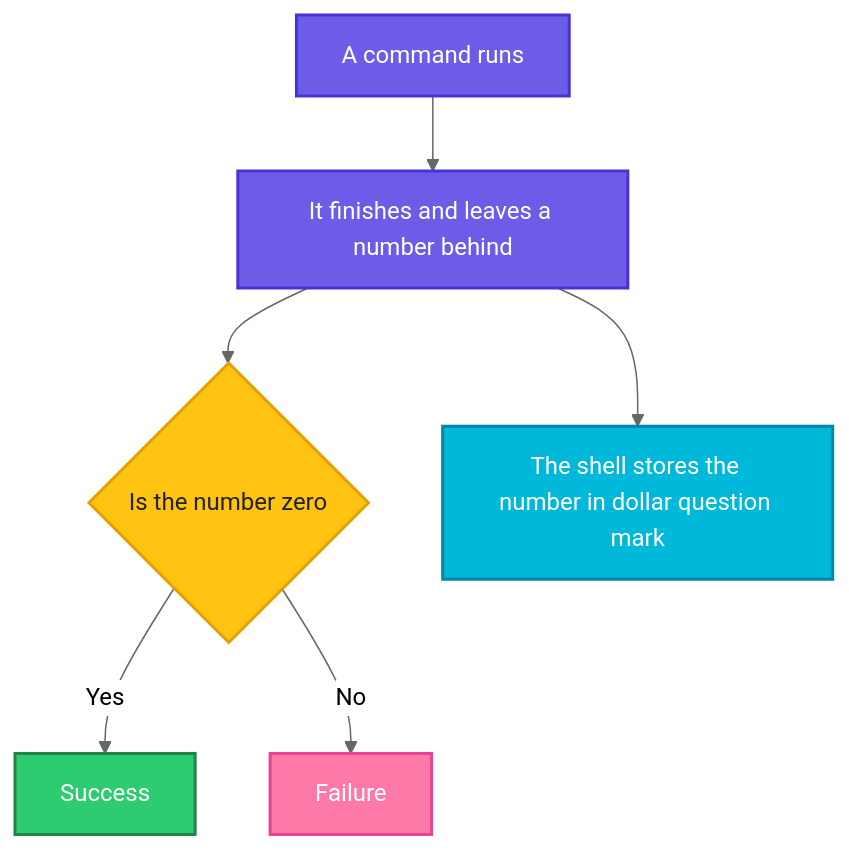
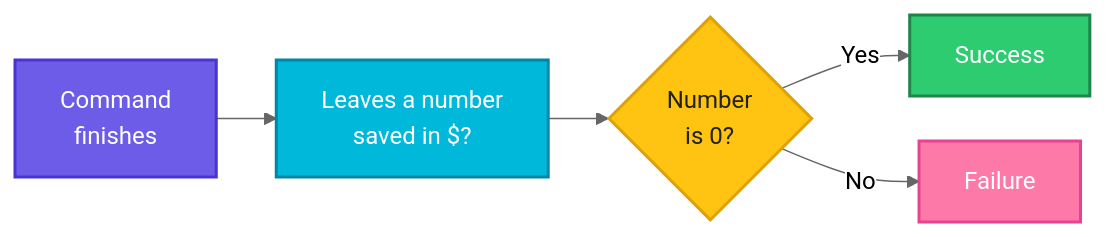
Before and after one commit to codeKerdosTech/DevOps-Documentation: the diagram in shell-script/04-exit-codes.md, drawn with Mermaid (neutral theme). The commit also changed other lines of this file and 10 other files, not shown here.

````diff
--- a/shell-script/04-exit-codes.md
+++ b/shell-script/04-exit-codes.md
@@ -83,18 +85,18 @@
 ```mermaid
-flowchart TD
-    A["A command runs"] --> B["It finishes and leaves a number behind"]
-    B --> C{"Is the number zero"}
+%%{init: {"flowchart": {"nodeSpacing": 30, "rankSpacing": 40}}}%%
+flowchart LR
+    A["Command<br/>finishes"] --> B["Leaves a number<br/>saved in $?"]
+    B --> C{"Number<br/>is 0?"}
     C -- Yes --> D["Success"]
     C -- No --> E["Failure"]
-    B --> F["The shell stores the number in dollar question mark"]
     classDef start fill:#6C5CE7,stroke:#4834D4,stroke-width:2px,color:#fff
     classDef proc fill:#00B8D9,stroke:#0087A8,stroke-width:2px,color:#fff
     classDef dec fill:#FFC312,stroke:#E1A100,stroke-width:2px,color:#222
     classDef ok fill:#2ECC71,stroke:#1E8449,stroke-width:2px,color:#fff
     classDef out fill:#FD79A8,stroke:#E84393,stroke-width:2px,color:#fff
-    class A,B start
+    class A start
+    class B proc
     class C dec
     class D ok
     class E out
-    class F proc
 ```
````
